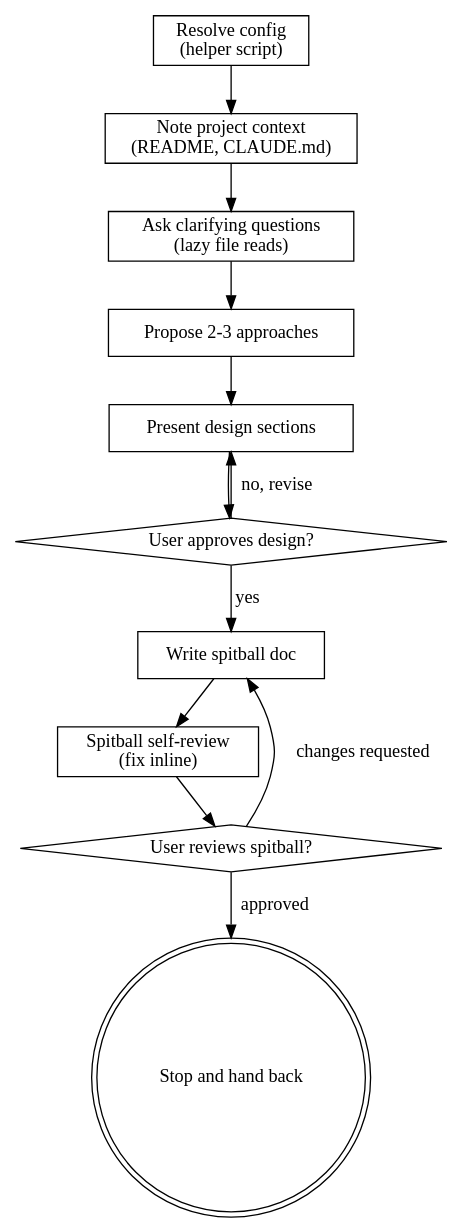
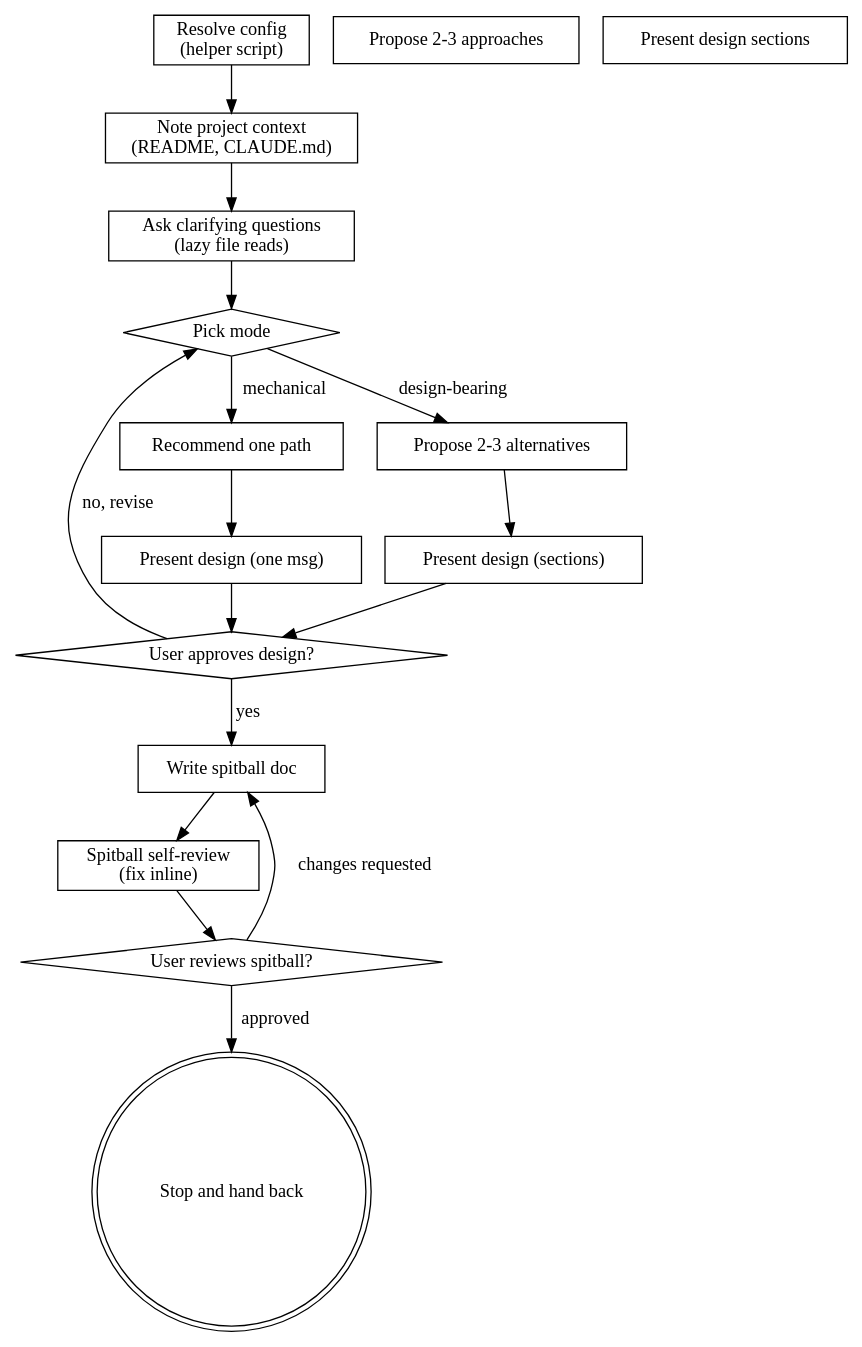
Before and after one commit to robmt/claude-tools: the diagram in plugins/spitball/skills/spitball/SKILL.md, drawn with Graphviz. The commit also changed other lines of this file and 3 other files, not shown here.

````diff
--- a/plugins/spitball/skills/spitball/SKILL.md
+++ b/plugins/spitball/skills/spitball/SKILL.md
@@ -36,26 +47,35 @@
 ```dot
 digraph spitball {
     "Resolve config\n(helper script)" [shape=box];
     "Note project context\n(README, CLAUDE.md)" [shape=box];
     "Ask clarifying questions\n(lazy file reads)" [shape=box];
     "Propose 2-3 approaches" [shape=box];
     "Present design sections" [shape=box];
     "User approves design?" [shape=diamond];
     "Write spitball doc" [shape=box];
     "Spitball self-review\n(fix inline)" [shape=box];
     "User reviews spitball?" [shape=diamond];
     "Stop and hand back" [shape=doublecircle];
 
     "Resolve config\n(helper script)" -> "Note project context\n(README, CLAUDE.md)";
     "Note project context\n(README, CLAUDE.md)" -> "Ask clarifying questions\n(lazy file reads)";
-    "Ask clarifying questions\n(lazy file reads)" -> "Propose 2-3 approaches";
-    "Propose 2-3 approaches" -> "Present design sections";
-    "Present design sections" -> "User approves design?";
-    "User approves design?" -> "Present design sections" [label="no, revise"];
+    "Ask clarifying questions\n(lazy file reads)" -> "Pick mode";
+    "Pick mode" [shape=diamond];
+    "Pick mode" -> "Recommend one path" [label="mechanical"];
+    "Pick mode" -> "Propose 2-3 alternatives" [label="design-bearing"];
+    "Recommend one path" [shape=box];
+    "Propose 2-3 alternatives" [shape=box];
+    "Recommend one path" -> "Present design (one msg)";
+    "Propose 2-3 alternatives" -> "Present design (sections)";
+    "Present design (one msg)" [shape=box];
+    "Present design (sections)" [shape=box];
+    "Present design (one msg)" -> "User approves design?";
+    "Present design (sections)" -> "User approves design?";
+    "User approves design?" -> "Pick mode" [label="no, revise"];
     "User approves design?" -> "Write spitball doc" [label="yes"];
     "Write spitball doc" -> "Spitball self-review\n(fix inline)";
     "Spitball self-review\n(fix inline)" -> "User reviews spitball?";
     "User reviews spitball?" -> "Write spitball doc" [label="changes requested"];
     "User reviews spitball?" -> "Stop and hand back" [label="approved"];
 }
 ```
````
